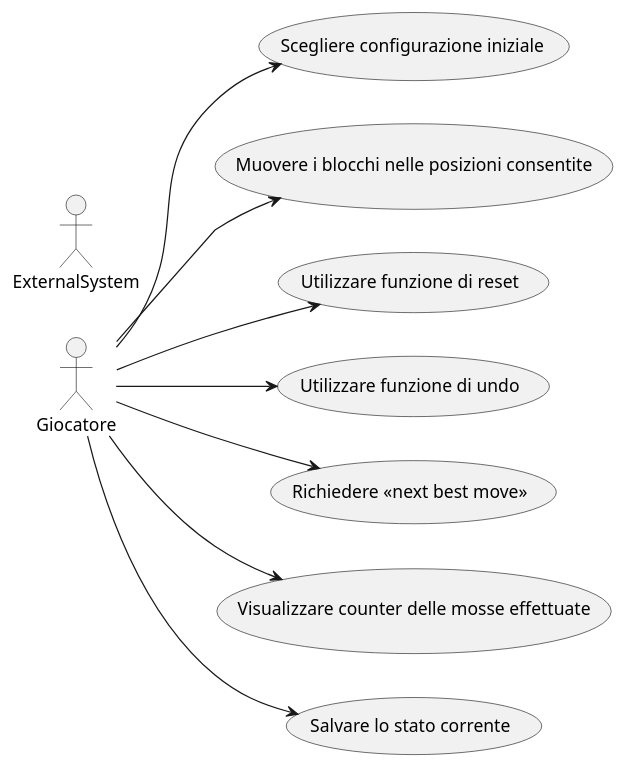
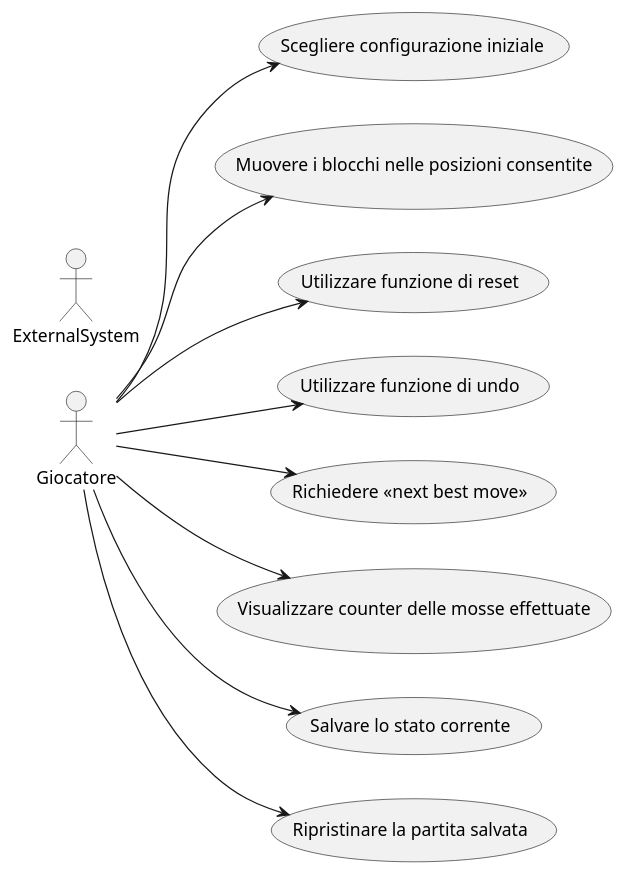
The diagram in USE_CASES.md (bellins14/klotski_gruppo2), drawn with PlantUML before and after one commit.

Commit message:
Update codice grafo use case

````diff
--- a/USE_CASES.md
+++ b/USE_CASES.md
@@ -156,20 +156,21 @@
 ```plantuml
 # PlantUML Editor
 
 @startuml
 
 left to right direction
 
 actor Giocatore
 actor ExternalSystem
 
 Giocatore --> (Scegliere configurazione iniziale)
 Giocatore --> (Muovere i blocchi nelle posizioni consentite)
 Giocatore --> (Utilizzare funzione di reset)
 Giocatore --> (Utilizzare funzione di undo)
 Giocatore --> (Richiedere «next best move»)
 Giocatore --> (Visualizzare counter delle mosse effettuate)
 Giocatore --> (Salvare lo stato corrente)
+Giocatore --> (Ripristinare la partita salvata)
 
 @enduml
 ```
````
